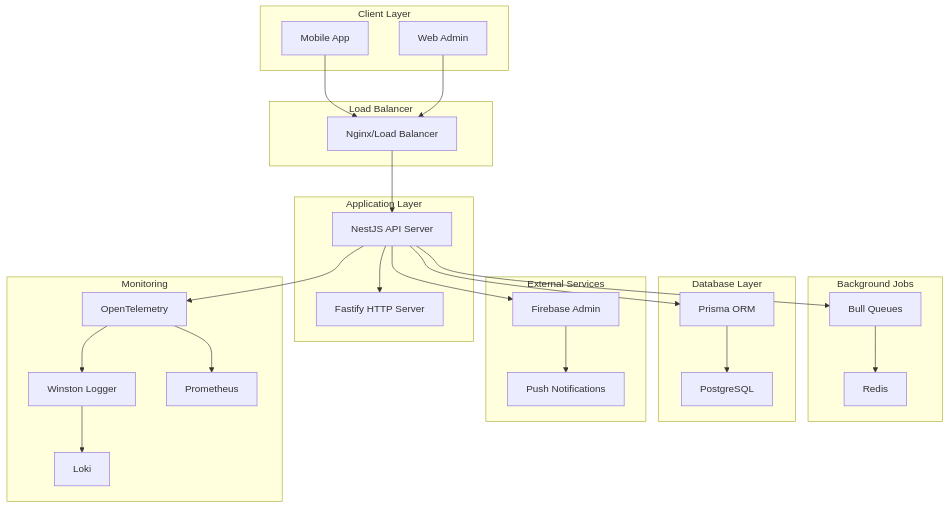
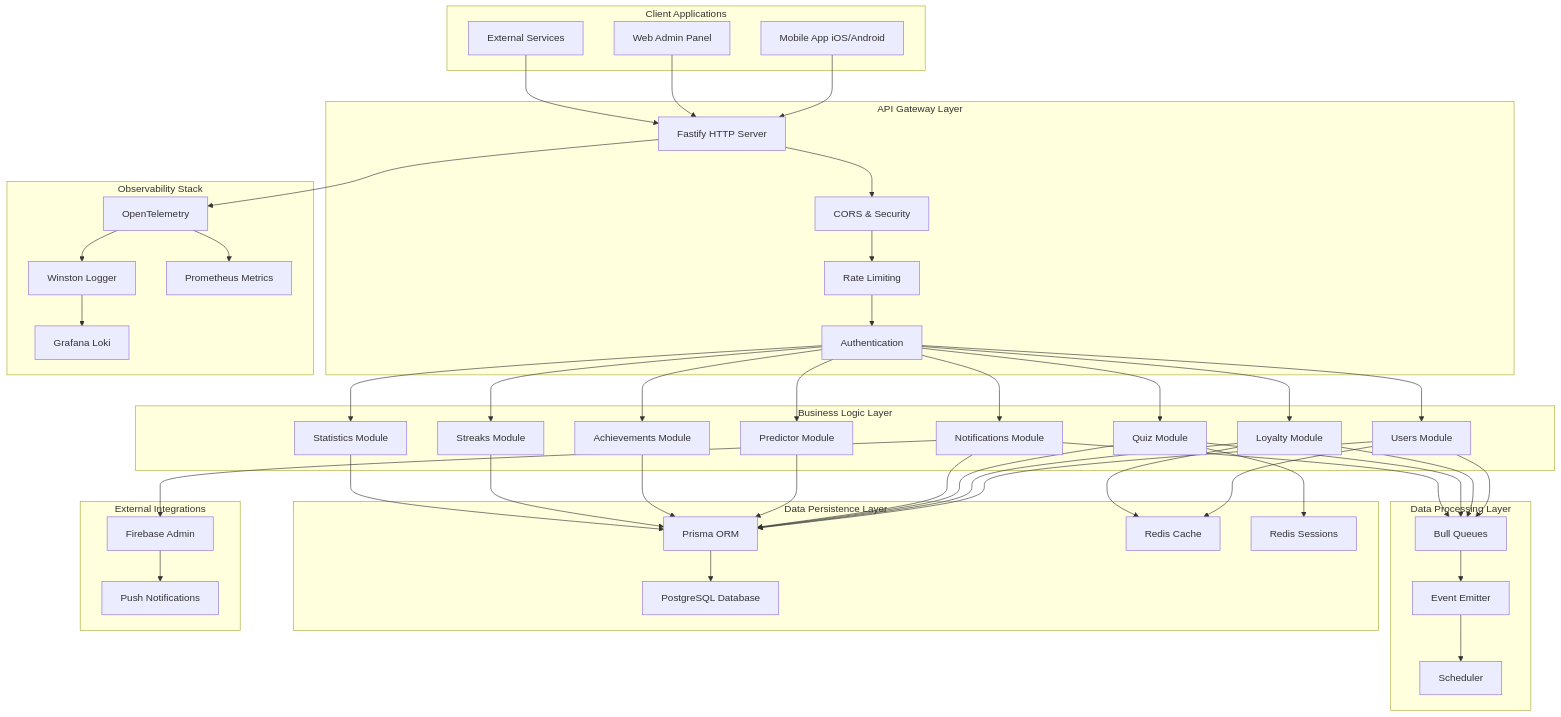
The first of 4 diagrams in README.md (Amtilan/cpp), drawn with Mermaid before and after one commit. The commit also changed other lines of this file, not shown here.

````diff
--- a/README.md
+++ b/README.md
@@ -13,53 +17,96 @@
 ```mermaid
 graph TB
-    subgraph "Client Layer"
-        A[Mobile App]
-        B[Web Admin]
+    subgraph "Client Applications"
+        A[Mobile App iOS/Android]
+        B[Web Admin Panel]
+        C[External Services]
     end
     
-    subgraph "Load Balancer"
-        C[Nginx/Load Balancer]
+    subgraph "API Gateway Layer"
+        D[Fastify HTTP Server]
+        E[CORS & Security]
+        F[Rate Limiting]
+        G[Authentication]
     end
     
-    subgraph "Application Layer"
-        D[NestJS API Server]
-        E[Fastify HTTP Server]
+    subgraph "Business Logic Layer"
+        H1[Users Module]
+        H2[Loyalty Module]
+        H3[Quiz Module]
+        H4[Notifications Module]
+        H5[Predictor Module]
+        H6[Achievements Module]
+        H7[Streaks Module]
+        H8[Statistics Module]
     end
     
-    subgraph "Background Jobs"
-        F[Bull Queues]
-        G[Redis]
+    subgraph "Data Processing Layer"
+        I[Bull Queues]
+        J[Event Emitter]
+        K[Scheduler]
     end
     
-    subgraph "Database Layer"
-        H[PostgreSQL]
-        I[Prisma ORM]
+    subgraph "Data Persistence Layer"
+        L[PostgreSQL Database]
+        M[Prisma ORM]
+        N[Redis Cache]
+        O[Redis Sessions]
     end
     
-    subgraph "External Services"
-        J[Firebase Admin]
-        K[Push Notifications]
+    subgraph "External Integrations"
+        P[Firebase Admin]
+        Q[Push Notifications]
     end
     
-    subgraph "Monitoring"
-        L[OpenTelemetry]
-        M[Winston Logger]
-        N[Loki]
-        O[Prometheus]
+    subgraph "Observability Stack"
+        R[OpenTelemetry]
+        S[Winston Logger]
+        T[Prometheus Metrics]
+        U[Grafana Loki]
     end
     
-    A --> C
-    B --> C
+    A --> D
+    B --> D
     C --> D
     D --> E
-    D --> F
+    E --> F
     F --> G
-    D --> I
-    I --> H
-    D --> J
+    G --> H1
+    G --> H2
+    G --> H3
+    G --> H4
+    G --> H5
+    G --> H6
+    G --> H7
+    G --> H8
+    
+    H1 --> I
+    H2 --> I
+    H3 --> I
+    H4 --> I
+    
+    I --> J
     J --> K
-    D --> L
-    L --> M
-    M --> N
-    L --> O
+    
+    H1 --> M
+    H2 --> M
+    H3 --> M
+    H4 --> M
+    H5 --> M
+    H6 --> M
+    H7 --> M
+    H8 --> M
+    
+    M --> L
+    H1 --> N
+    H2 --> N
+    H3 --> O
+    
+    H4 --> P
+    P --> Q
+    
+    D --> R
+    R --> S
+    R --> T
+    S --> U
 ```
````
